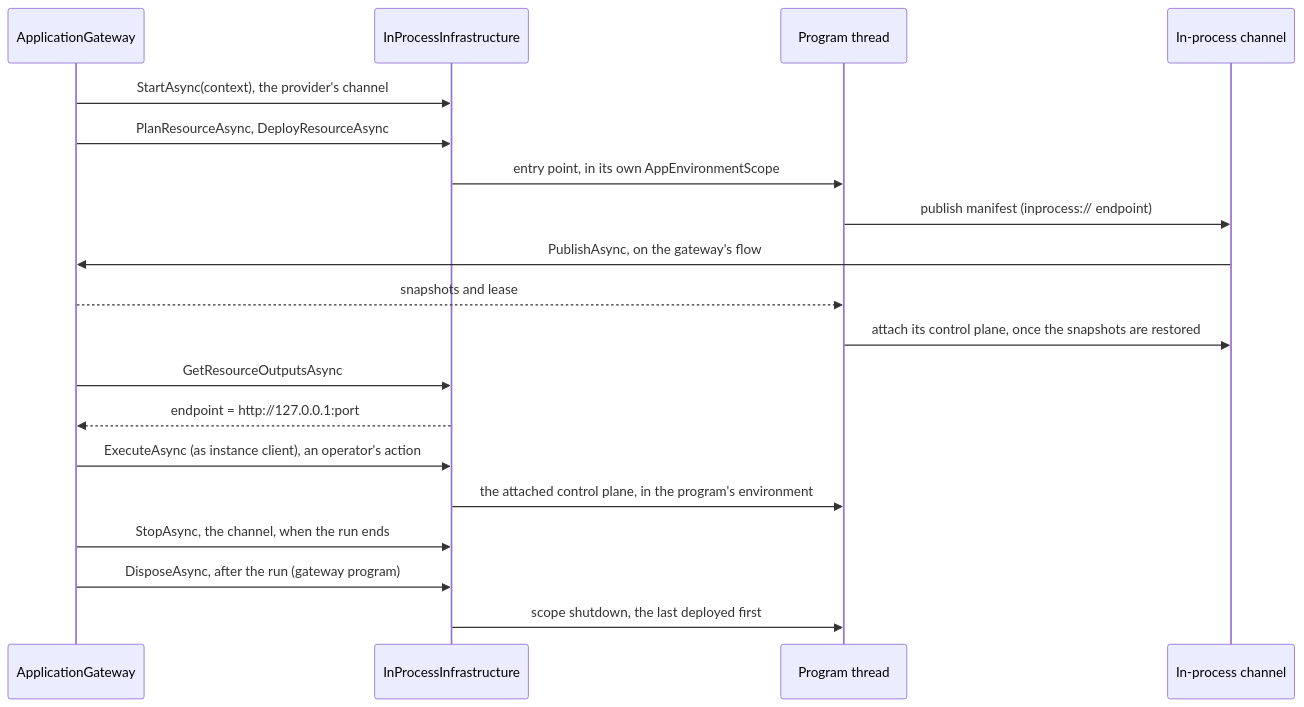
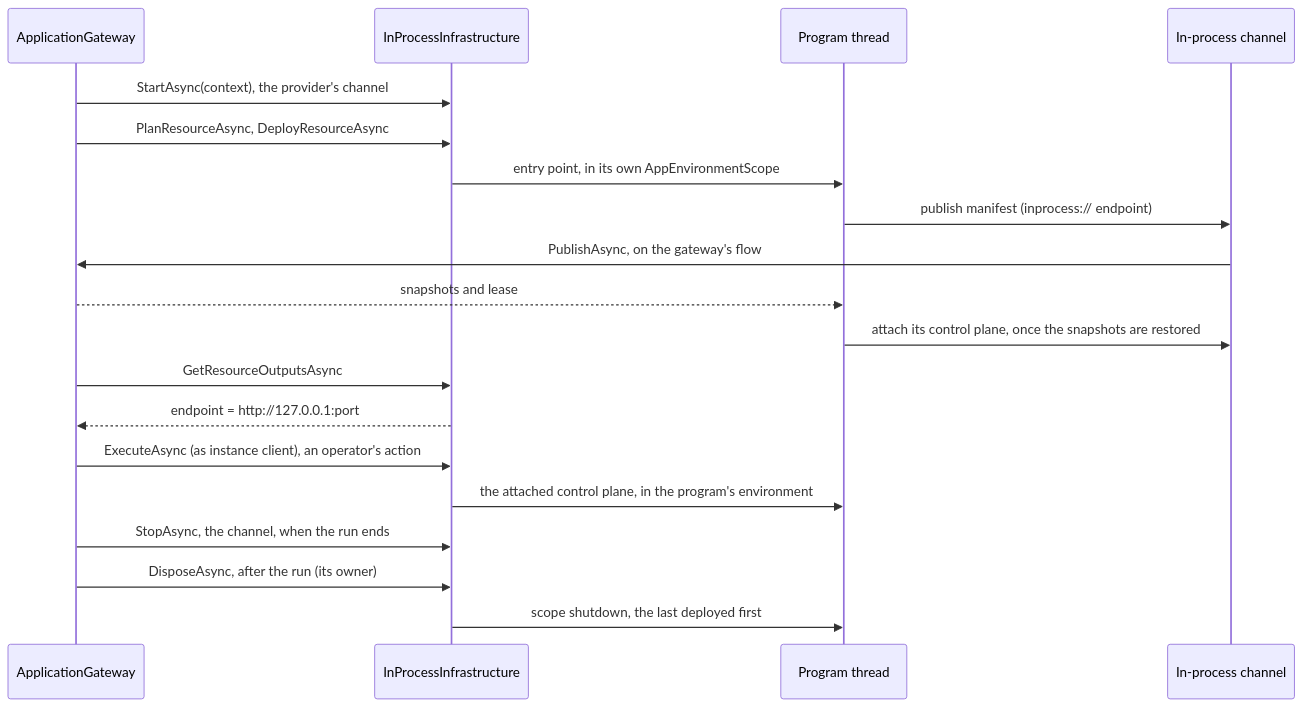
One commit to assimalign/cohesion changed the diagram in libraries/ApplicationModel/Assimalign.Cohesion.ApplicationModel.Gateway.InProcess/docs/DESIGN.md. Above: the diagram before and after it, drawn with Mermaid. The commit also changed other lines of this file and 8 other files, not shown here.

````diff
--- a/libraries/ApplicationModel/Assimalign.Cohesion.ApplicationModel.Gateway.InProcess/docs/DESIGN.md
+++ b/libraries/ApplicationModel/Assimalign.Cohesion.ApplicationModel.Gateway.InProcess/docs/DESIGN.md
@@ -30,21 +33,21 @@
 ```mermaid
 sequenceDiagram
     participant Gateway as ApplicationGateway
     participant Infra as InProcessInfrastructure
     participant Program as Program thread
     participant Channel as In-process channel
     Gateway->>Infra: StartAsync(context), the provider's channel
     Gateway->>Infra: PlanResourceAsync, DeployResourceAsync
     Infra->>Program: entry point, in its own AppEnvironmentScope
     Program->>Channel: publish manifest (inprocess:// endpoint)
     Channel->>Gateway: PublishAsync, on the gateway's flow
     Gateway-->>Program: snapshots and lease
     Program->>Channel: attach its control plane, once the snapshots are restored
     Gateway->>Infra: GetResourceOutputsAsync
     Infra-->>Gateway: endpoint = http://127.0.0.1:port
     Gateway->>Infra: ExecuteAsync (as instance client), an operator's action
     Infra->>Program: the attached control plane, in the program's environment
     Gateway->>Infra: StopAsync, the channel, when the run ends
-    Gateway->>Infra: DisposeAsync, after the run (gateway program)
+    Gateway->>Infra: DisposeAsync, after the run (its owner)
     Infra->>Program: scope shutdown, the last deployed first
 ```
````
